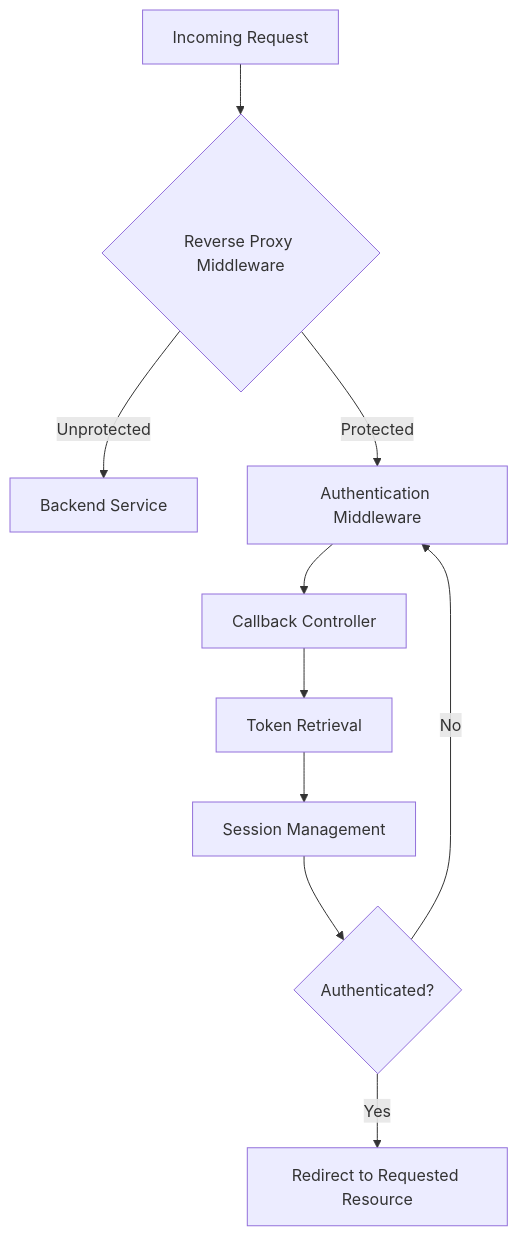
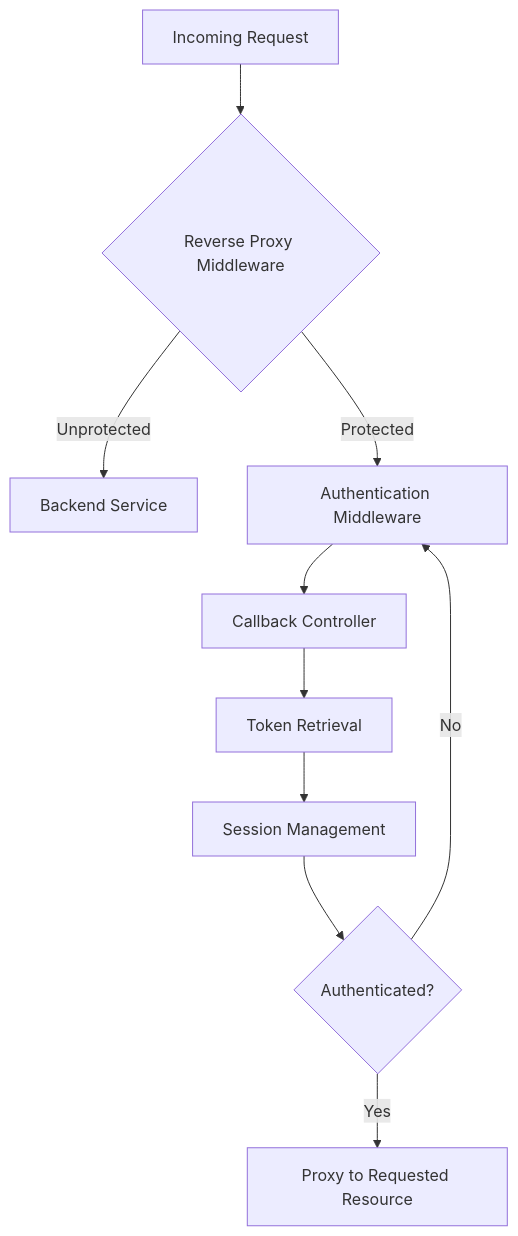
One commit to v-2amisi/ReverseProxy changed the diagram in README.md. Above: the diagram before and after it, drawn with Mermaid.

````diff
--- a/README.md
+++ b/README.md
@@ -31,12 +31,12 @@
 ```mermaid
 graph TD;
     A[Incoming Request] --> B{Reverse Proxy Middleware};
     B -->|Unprotected| C[Backend Service];
     B -->|Protected| D[Authentication Middleware];
     D --> E[Callback Controller];
     E --> F[Token Retrieval];
     F --> G[Session Management];
     G --> H{Authenticated?};
-    H -->|Yes| I[Redirect to Requested Resource];
+    H -->|Yes| I[Proxy to Requested Resource];
     H -->|No| D;
 ```
````
